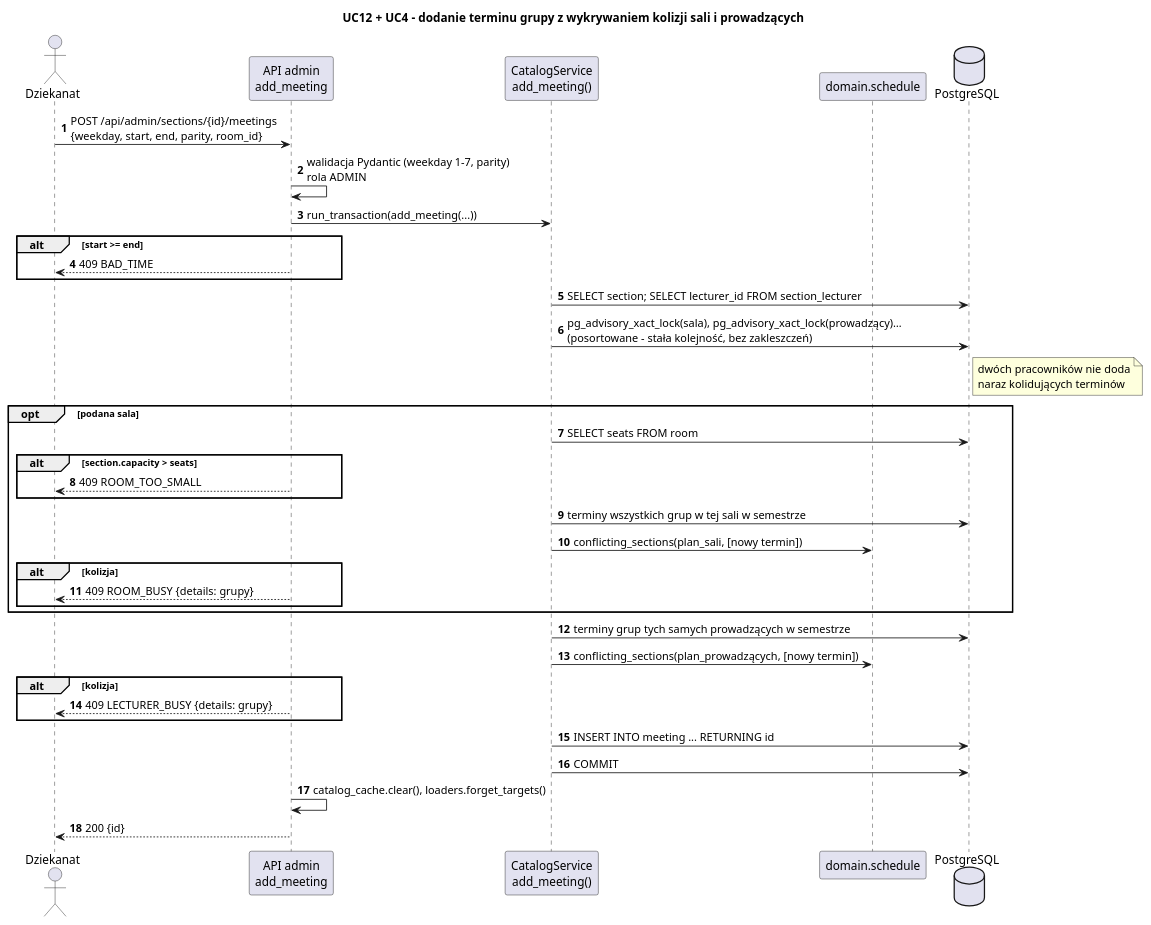
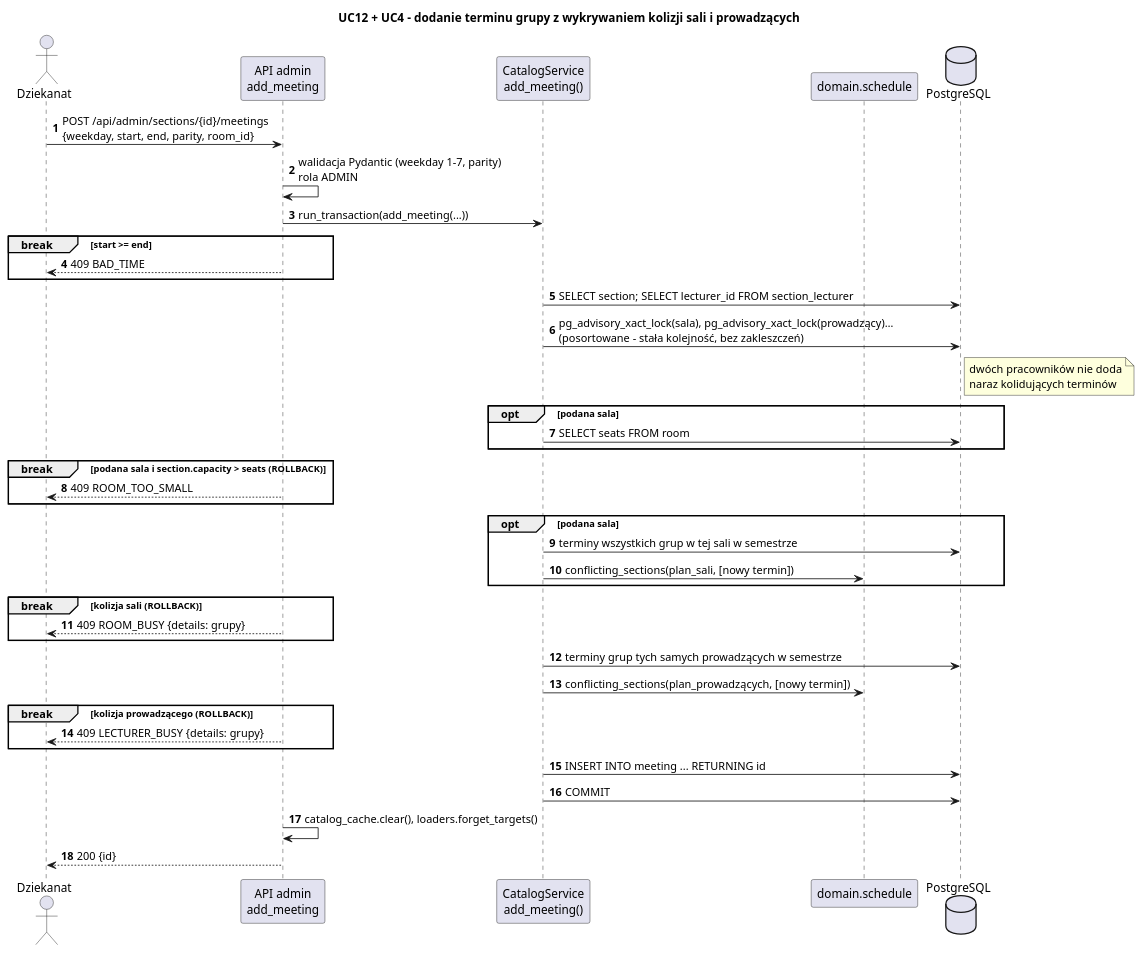
One commit to Husaria55/USOSv2 changed the diagram in etap3/diagramy/sekwencja_harmonogram.puml. Above: the diagram before and after it, drawn with PlantUML. The commit also changed 22 other files, not shown here.

```diff
--- a/etap3/diagramy/sekwencja_harmonogram.puml
+++ b/etap3/diagramy/sekwencja_harmonogram.puml
@@ -1,42 +1,44 @@
 @startuml sekwencja_harmonogram
 title UC12 + UC4 – dodanie terminu grupy z wykrywaniem kolizji sali i prowadzących
 skinparam shadowing false
 skinparam sequenceMessageAlign left
 autonumber
 
 actor Dziekanat
 participant "API admin\nadd_meeting" as api
 participant "CatalogService\nadd_meeting()" as svc
 participant "domain.schedule" as dom
 database "PostgreSQL" as db
 
 Dziekanat -> api : POST /api/admin/sections/{id}/meetings\n{weekday, start, end, parity, room_id}
 api -> api : walidacja Pydantic (weekday 1–7, parity)\nrola ADMIN
 api -> svc : run_transaction(add_meeting(...))
-alt start >= end
+break start >= end
   api --> Dziekanat : 409 BAD_TIME
 end
 svc -> db : SELECT section; SELECT lecturer_id FROM section_lecturer
 svc -> db : pg_advisory_xact_lock(sala), pg_advisory_xact_lock(prowadzący)…\n(posortowane – stała kolejność, bez zakleszczeń)
 note right of db : dwóch pracowników nie doda\nnaraz kolidujących terminów
 opt podana sala
   svc -> db : SELECT seats FROM room
-  alt section.capacity > seats
-    api --> Dziekanat : 409 ROOM_TOO_SMALL
-  end
+end
+break podana sala i section.capacity > seats (ROLLBACK)
+  api --> Dziekanat : 409 ROOM_TOO_SMALL
+end
+opt podana sala
   svc -> db : terminy wszystkich grup w tej sali w semestrze
   svc -> dom : conflicting_sections(plan_sali, [nowy termin])
-  alt kolizja
-    api --> Dziekanat : 409 ROOM_BUSY {details: grupy}
-  end
+end
+break kolizja sali (ROLLBACK)
+  api --> Dziekanat : 409 ROOM_BUSY {details: grupy}
 end
 svc -> db : terminy grup tych samych prowadzących w semestrze
 svc -> dom : conflicting_sections(plan_prowadzących, [nowy termin])
-alt kolizja
+break kolizja prowadzącego (ROLLBACK)
   api --> Dziekanat : 409 LECTURER_BUSY {details: grupy}
 end
 svc -> db : INSERT INTO meeting ... RETURNING id
 svc -> db : COMMIT
 api -> api : catalog_cache.clear(), loaders.forget_targets()
 api --> Dziekanat : 200 {id}
 @enduml
```
